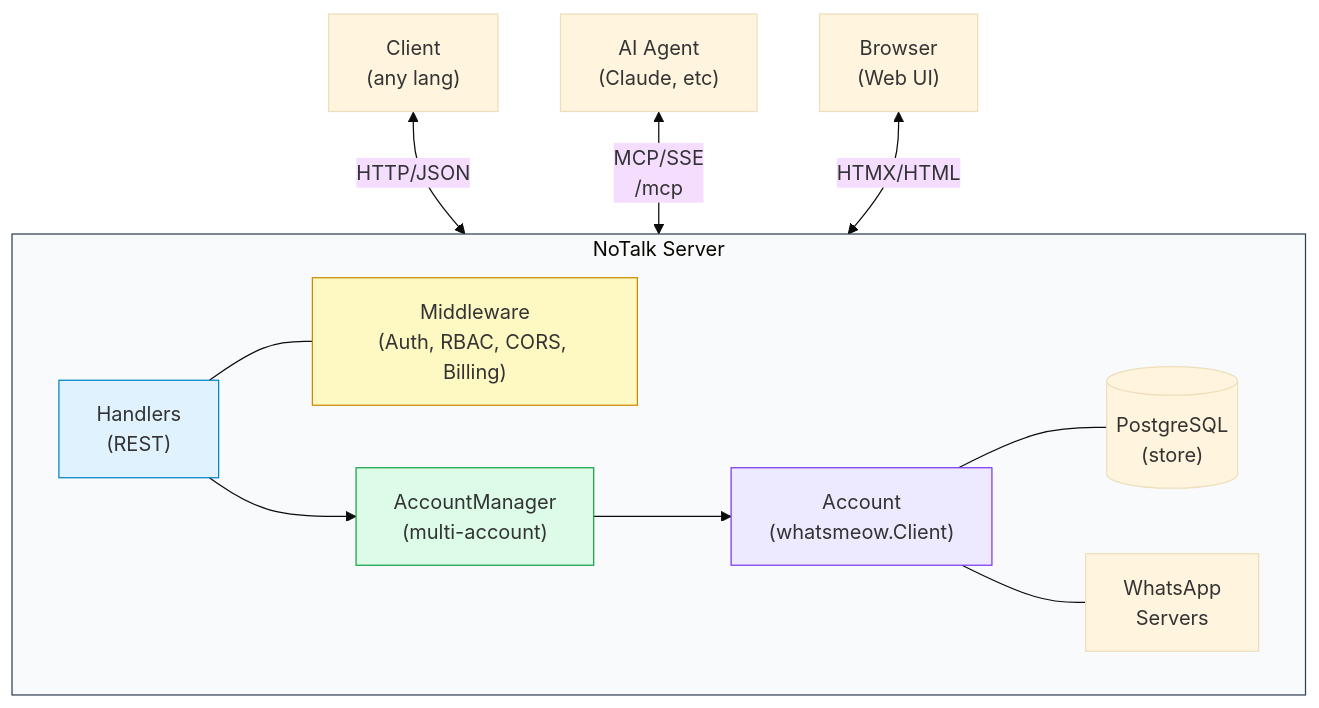
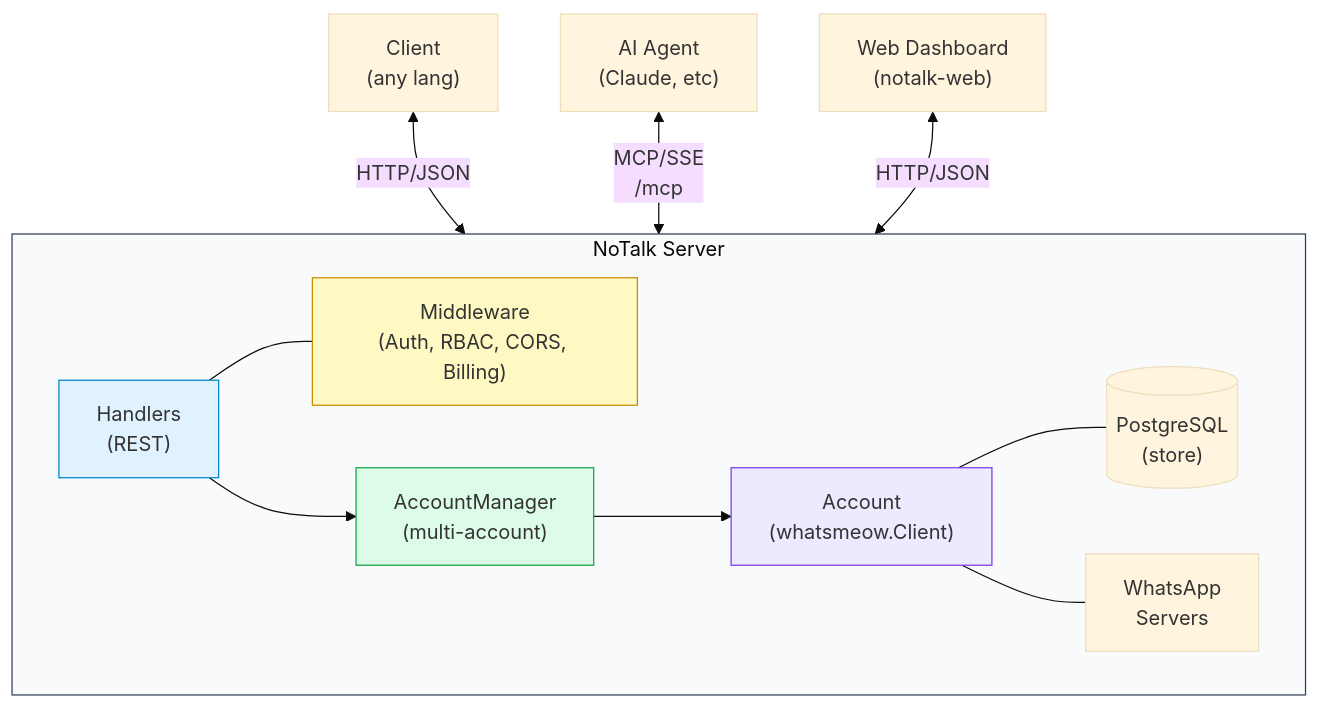
Before and after one commit to devstroop/notalk-server: the first of 4 diagrams in docs/architecture.md, drawn with Mermaid (base theme). The commit also changed other lines of this file and 55 other files, not shown here.

First line of the commit message:
refactor: remove embedded web UI from server

````diff
--- a/docs/architecture.md
+++ b/docs/architecture.md
@@ -7,20 +7,20 @@
 ```mermaid
 flowchart TB
     Client["Client<br/>(any lang)"] <-->|HTTP/JSON| Server
     Agent["AI Agent<br/>(Claude, etc)"] <-->|MCP/SSE<br/>/mcp| Server
-    Browser["Browser<br/>(Web UI)"] <-->|HTMX/HTML| Server
+    Web["Web Dashboard<br/>(notalk-web)"] <-->|HTTP/JSON| Server
 
     subgraph Server["NoTalk Server"]
         Handlers["Handlers<br/>(REST)"] --- Middleware["Middleware<br/>(Auth, RBAC, CORS, Billing)"]
         Handlers --> AccountManager["AccountManager<br/>(multi-account)"]
         AccountManager --> Account["Account<br/>(whatsmeow.Client)"]
         Account --- PG[("PostgreSQL<br/>(store)")]
         Account --- WA["WhatsApp<br/>Servers"]
     end
 
     style Server fill:#f8fafc,stroke:#334155
     style Handlers fill:#e0f2fe,stroke:#0284c7
     style Middleware fill:#fef9c3,stroke:#ca8a04
     style AccountManager fill:#dcfce7,stroke:#16a34a
     style Account fill:#ede9fe,stroke:#7c3aed
 ```
````
